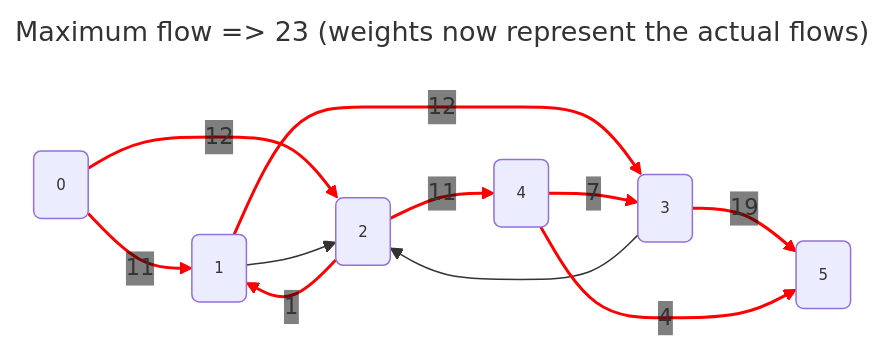
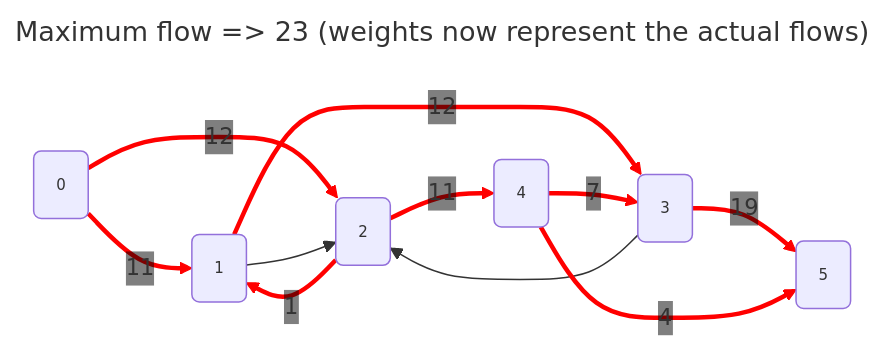
Before and after one commit to sweinst/Grafology: the second of 2 diagrams in docs/algos/maximum_flow.md, drawn with Mermaid. The commit also changed 2 other files, not shown here.

Commit message:
Getting diagrams clearer

````diff
--- a/docs/algos/maximum_flow.md
+++ b/docs/algos/maximum_flow.md
@@ -45,30 +45,30 @@
 ```mermaid
 ---
 title: Maximum flow => 23 (weights now represent the actual flows)
 config:
   themeVariables:
     fontSize: 10px
     sectionFontSize: 10px
     edgeLabelBackground: transparent
 ---
 graph LR;
     0(0)
     1(1)
     2(2)
     3(3)
     4(4)
     5(5)
     0 -- 11 --> 1
     0 -- 12 --> 2
     1 --> 2
     1 -- 12 --> 3
     2 -- 1 --> 1
     2 -- 11 --> 4
     3 --> 2
     3 -- 19 --> 5
     4 -- 7 --> 3
     4 -- 4 --> 5
 
     linkStyle default font-size: 15px
-    linkStyle 0,1,3,4,5,7,8,9 stroke-width:2px, stroke:red, fill: none
+    linkStyle 0,1,3,4,5,7,8,9 stroke-width:3px, stroke:red, fill: none
 ```
````
